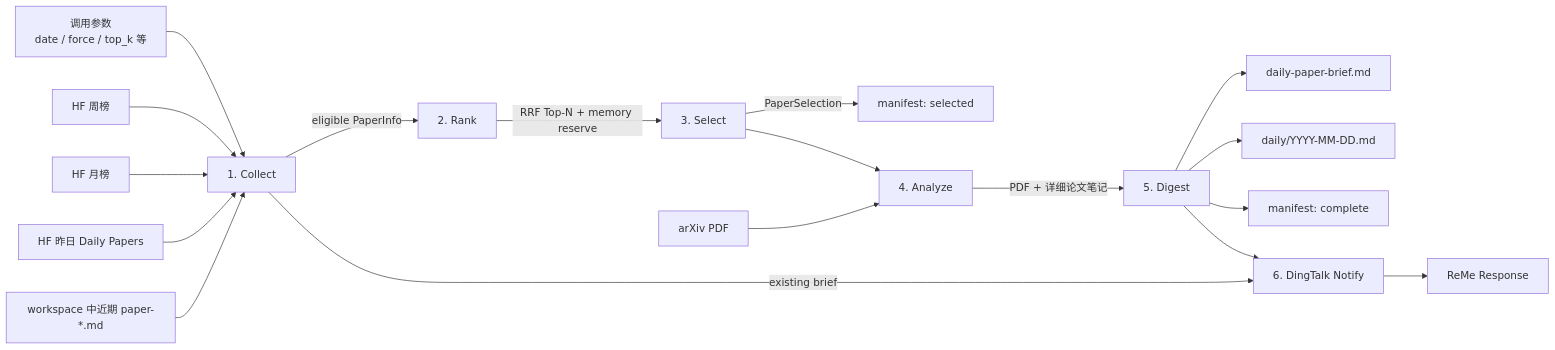
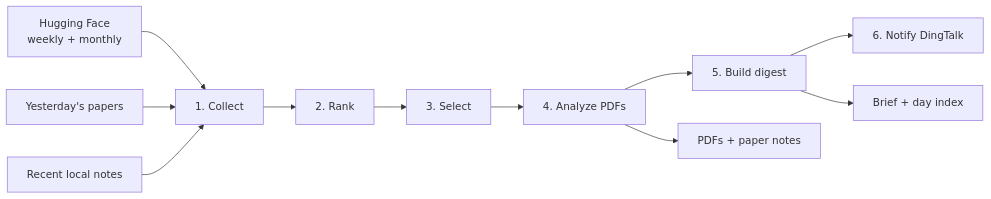
One commit to agentscope-ai/ReMe changed the diagram in cookbook/daily_paper/README.md. Above: the diagram before and after it, drawn with Mermaid. The commit also changed other lines of this file and 3 other files, not shown here.

Commit message:
docs(daily_paper): add bilingual cookbook guides

````diff
--- a/cookbook/daily_paper/README.md
+++ b/cookbook/daily_paper/README.md
@@ -14,20 +63,13 @@
 ```mermaid
 flowchart LR
-    A[调用参数<br/>date / force / top_k 等] --> B[1. Collect]
-    HF1[HF 周榜] --> B
-    HF2[HF 月榜] --> B
-    HF3[HF 昨日 Daily Papers] --> B
-    HISTORY[workspace 中近期 paper-*.md] --> B
-    B -->|eligible PaperInfo| C[2. Rank]
-    C -->|RRF Top-N + memory reserve| D[3. Select]
-    D -->|PaperSelection| M1[manifest: selected]
-    D --> E[4. Analyze]
-    ARXIV[arXiv PDF] --> E
-    E -->|PDF + 详细论文笔记| F[5. Digest]
-    F --> BRIEF[daily-paper-brief.md]
-    F --> INDEX[daily/YYYY-MM-DD.md]
-    F --> M2[manifest: complete]
-    F --> G[6. DingTalk Notify]
-    B -->|existing brief| G
-    G --> RESPONSE[ReMe Response]
+    HF[Hugging Face<br/>weekly + monthly] --> C[1. Collect]
+    Y[Yesterday's papers] --> C
+    H[Recent local notes] --> C
+    C --> R[2. Rank]
+    R --> S[3. Select]
+    S --> A[4. Analyze PDFs]
+    A --> D[5. Build digest]
+    D --> N[6. Notify DingTalk]
+    A --> P[PDFs + paper notes]
+    D --> B[Brief + day index]
 ```
````
